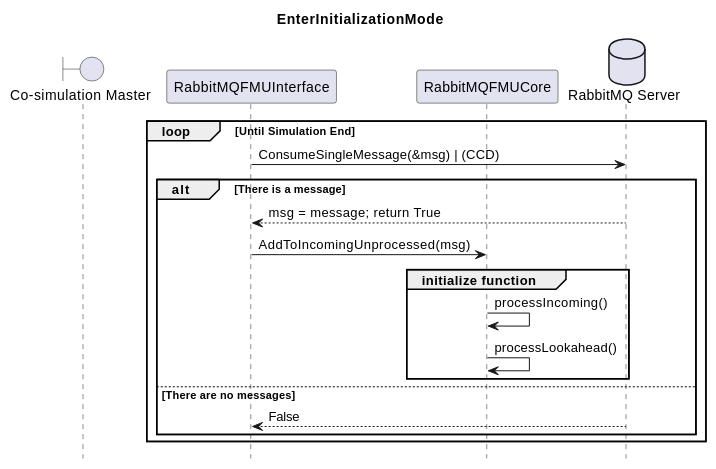
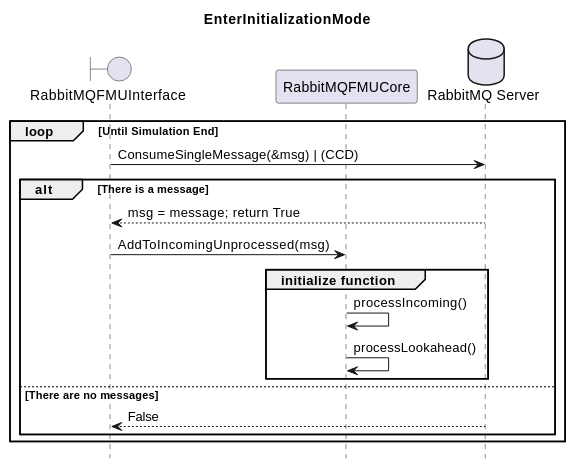
The second of 3 diagrams in docs/data-handling.rst (INTO-CPS-Association/fmu-rabbitmq), drawn with PlantUML before and after one commit.

```diff
--- a/docs/data-handling.rst
+++ b/docs/data-handling.rst
@@ -71,23 +71,22 @@
 .. uml::
 
     title EnterInitializationMode
     hide footbox
 
-    boundary "Co-simulation Master" as Master
-    participant RabbitMQFMUInterface as FMUI
+    boundary RabbitMQFMUInterface as FMUI
     participant RabbitMQFMUCore as FMUC
     database "RabbitMQ Server" as server
 
     loop Until Simulation End
         FMUI -> server: ConsumeSingleMessage(&msg) | (CCD)
         alt There is a message
             server --> FMUI: msg = message; return True
             FMUI -> FMUC: AddToIncomingUnprocessed(msg)
             group initialize function
                 FMUC -> FMUC: processIncoming()
                 FMUC -> FMUC: processLookahead()
             end
         else There are no messages
             server --> FMUI: False
         end
     end
```
